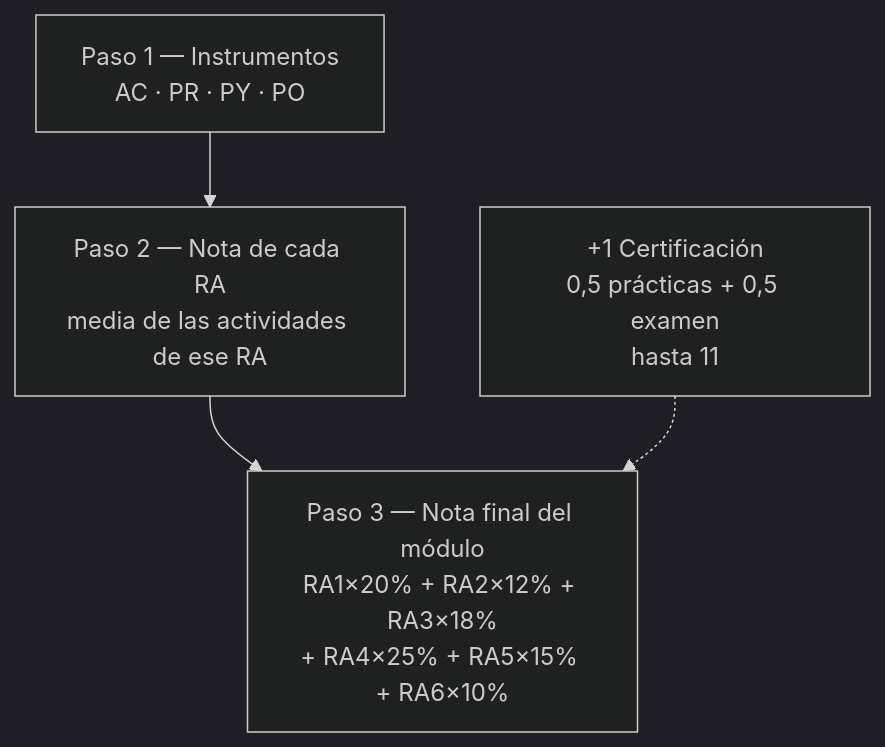
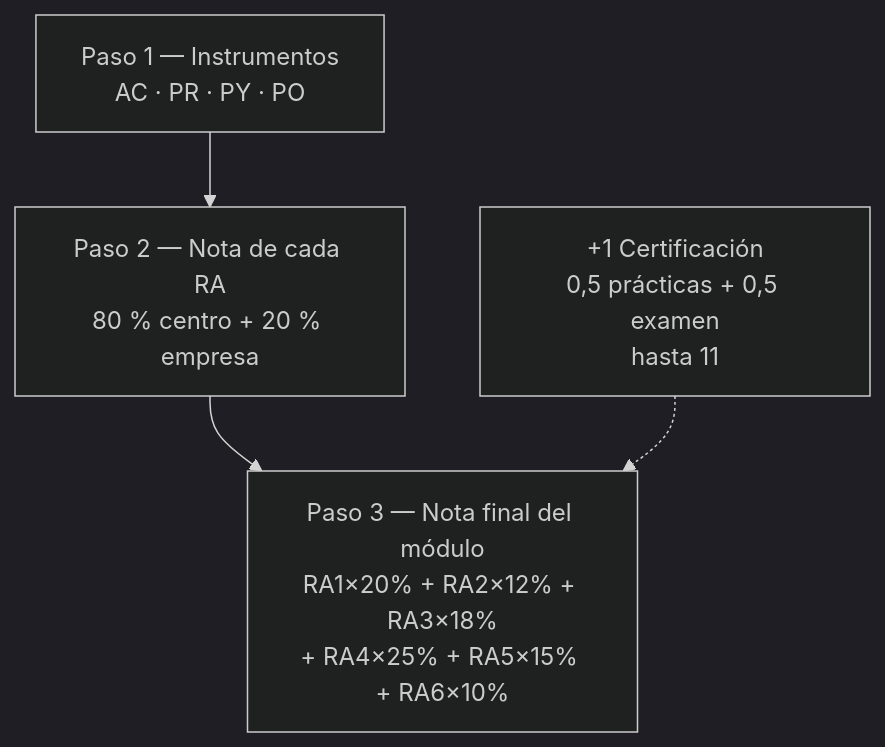
The second of 3 diagrams in docs/index.md (fjavier-hernandez/ral), drawn with Mermaid (dark theme) before and after one commit. The commit also changed other lines of this file and 4 other files, not shown here.

First line of the commit message:
PD RAL: vuelve el 80/20, con 186 h de centro y 47 h de empresa.

````diff
--- a/docs/index.md
+++ b/docs/index.md
@@ -111,9 +112,9 @@
 ``` mermaid
 flowchart TB
   A["Paso 1 — Instrumentos\nAC · PR · PY · PO"]
-  B["Paso 2 — Nota de cada RA\nmedia de las actividades de ese RA"]
+  B["Paso 2 — Nota de cada RA\n80 % centro + 20 % empresa"]
   C["Paso 3 — Nota final del módulo\nRA1×20% + RA2×12% + RA3×18%\n+ RA4×25% + RA5×15% + RA6×10%"]
   D["+1 Certificación\n0,5 prácticas + 0,5 examen\nhasta 11"]
   A --> B --> C
   D -.-> C
 ```
````
